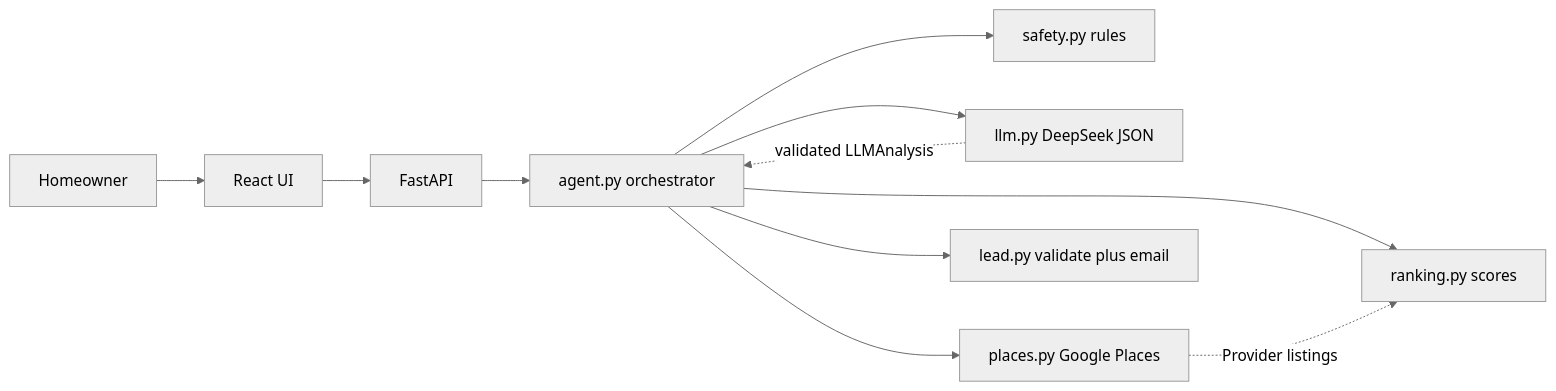
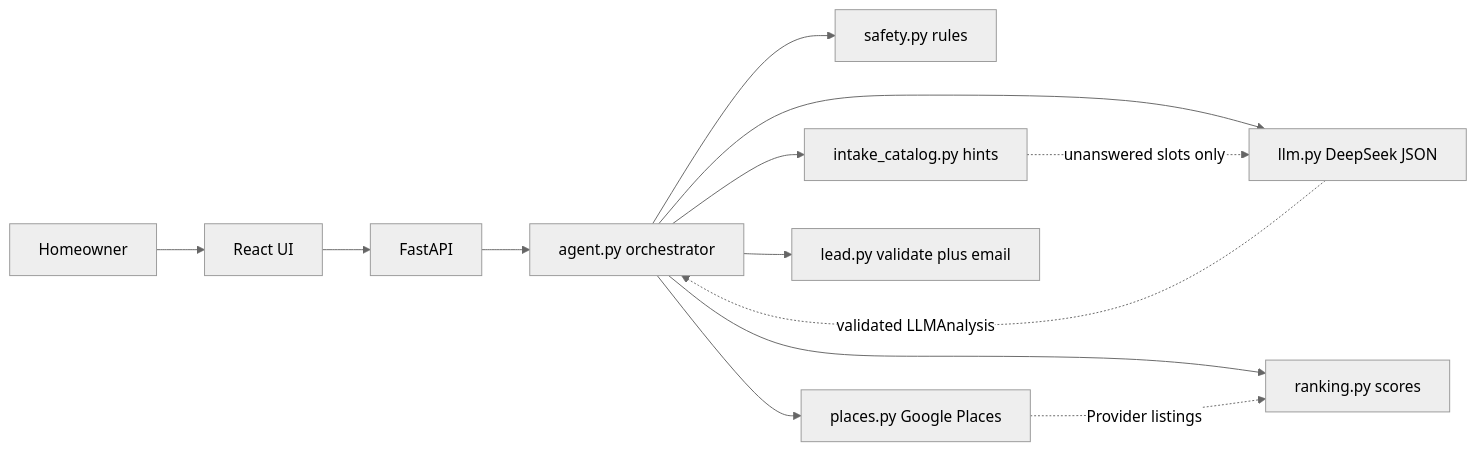
The diagram in README.md (softwaresat/home-provider-agent), drawn with Mermaid (neutral theme) before and after one commit. The commit also changed other lines of this file and 8 other files, not shown here.

First line of the commit message:
Add an optional intake catalog and evaluate 20 live scenarios.

````diff
--- a/README.md
+++ b/README.md
@@ -79,13 +79,15 @@
 ```mermaid
 flowchart LR
   user[Homeowner] --> ui[React UI]
   ui --> api[FastAPI]
   api --> agent[agent.py orchestrator]
   agent --> safety[safety.py rules]
+  agent --> catalog[intake_catalog.py hints]
   agent --> llm[llm.py DeepSeek JSON]
   agent --> places[places.py Google Places]
   agent --> rank[ranking.py scores]
   agent --> lead[lead.py validate plus email]
+  catalog -.->|unanswered slots only| llm
   llm -.->|validated LLMAnalysis| agent
   places -.->|Provider listings| rank
 ```
````
